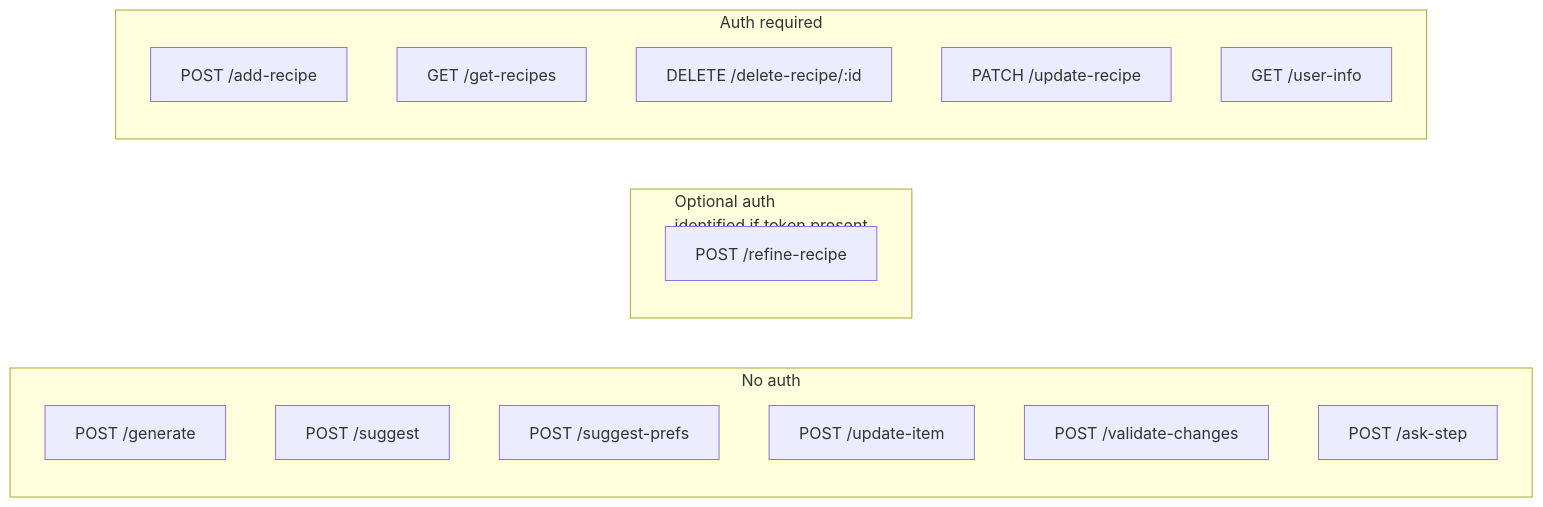
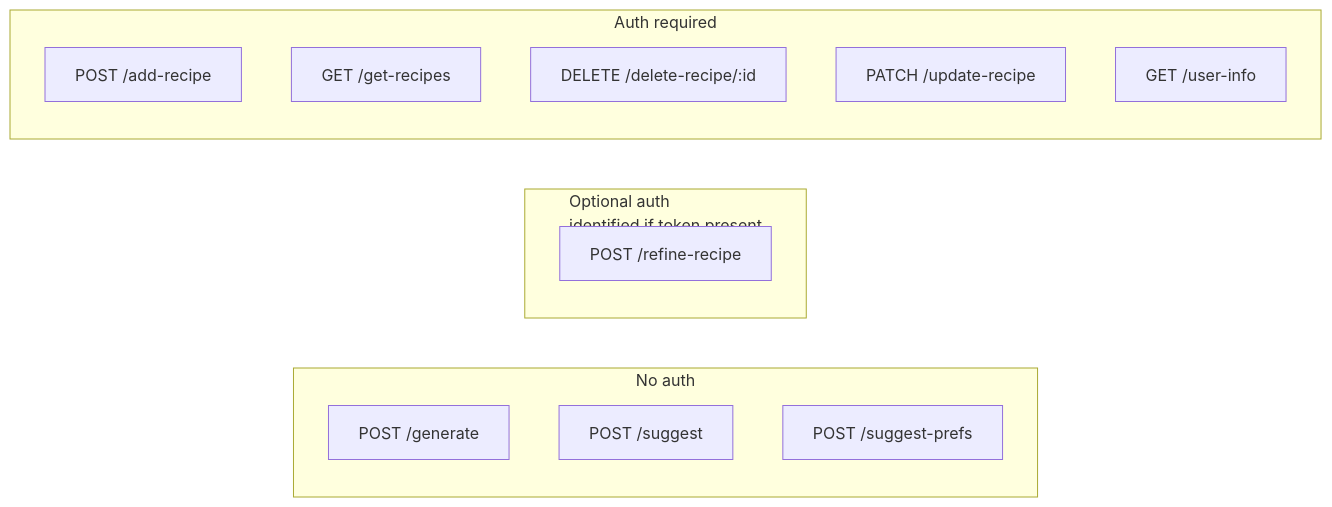
One commit to ili16/recipe-generator changed the second of 2 diagrams in AGENT.md. Above: the diagram before and after it, drawn with Mermaid. The commit also changed other lines of this file and 4 other files, not shown here.

````diff
--- a/AGENT.md
+++ b/AGENT.md
@@ -38,21 +29,18 @@
 ```mermaid
 graph LR
     subgraph anon["No auth"]
         G[POST /generate]
         S[POST /suggest]
         SP[POST /suggest-prefs]
-        UI[POST /update-item]
-        VC[POST /validate-changes]
-        AS[POST /ask-step]
     end
     subgraph optional["Optional auth\nidentified if token present"]
         RR[POST /refine-recipe]
     end
     subgraph required["Auth required"]
         AR[POST /add-recipe]
         GR[GET /get-recipes]
         DR[DELETE /delete-recipe/:id]
         UR[PATCH /update-recipe]
         UF[GET /user-info]
     end
 ```
````
